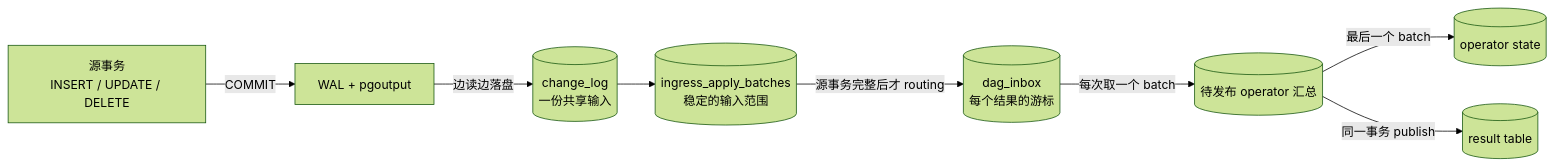
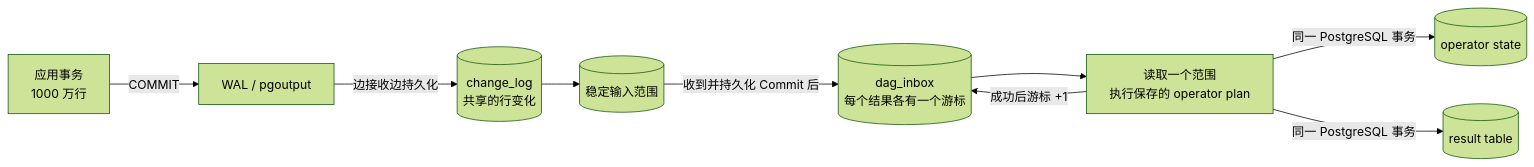
One commit to frelion/shiba changed the first of 2 diagrams in docs/ARCHITECTURE.md. Above: the diagram before and after it, drawn with Mermaid (forest theme). The commit also changed other lines of this file and 18 other files, not shown here.

Commit message:
refactor: publish each ingress batch directly

````diff
--- a/docs/ARCHITECTURE.md
+++ b/docs/ARCHITECTURE.md
@@ -8,19 +8,20 @@
 ```mermaid
 flowchart LR
-    A["源事务<br/>INSERT / UPDATE / DELETE"]
-    B["WAL + pgoutput"]
-    C[("change_log<br/>一份共享输入")]
-    D[("ingress_apply_batches<br/>稳定的输入范围")]
-    E[("dag_inbox<br/>每个结果的游标")]
-    F[("待发布 operator 汇总")]
-    G[("operator state")]
-    H[("result table")]
+    APP["应用事务<br/>1000 万行"]
+    WAL["WAL / pgoutput"]
+    LOG[("change_log<br/>共享的行变化")]
+    RANGES[("稳定输入范围")]
+    INBOX[("dag_inbox<br/>每个结果各有一个游标")]
+    APPLY["读取一个范围<br/>执行保存的 operator plan"]
+    STATE[("operator state")]
+    RESULT[("result table")]
 
-    A -->|"COMMIT"| B
-    B -->|"边读边落盘"| C
-    C --> D
-    D -->|"源事务完整后才 routing"| E
-    E -->|"每次取一个 batch"| F
-    F -->|"最后一个 batch"| G
-    F -->|"同一事务 publish"| H
+    APP -->|"COMMIT"| WAL
+    WAL -->|"边接收边持久化"| LOG
+    LOG --> RANGES
+    RANGES -->|"收到并持久化 Commit 后"| INBOX
+    INBOX --> APPLY
+    APPLY -->|"同一 PostgreSQL 事务"| STATE
+    APPLY -->|"同一 PostgreSQL 事务"| RESULT
+    APPLY -->|"成功后游标 +1"| INBOX
 ```
````
